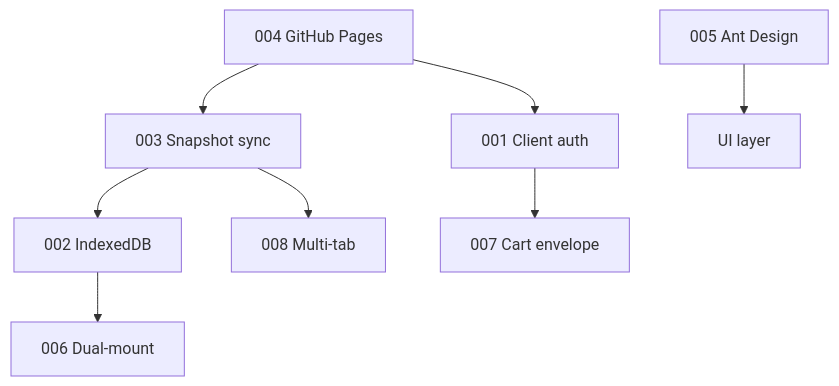
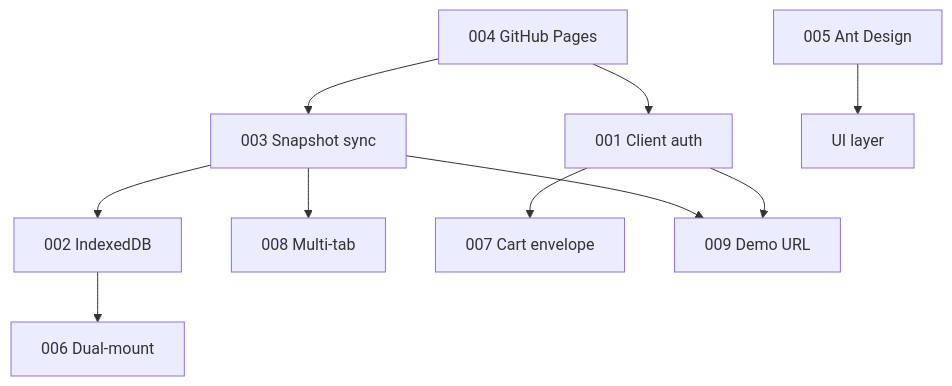
Before and after one commit to iscander-b10/tyres_discs: the diagram in docs/adr/index.md, drawn with Mermaid. The commit also changed other lines of this file and 70 other files, not shown here.

````diff
--- a/docs/adr/index.md
+++ b/docs/adr/index.md
@@ -22,10 +23,12 @@
 ```mermaid
 flowchart TB
   ADR4[004 GitHub Pages] --> ADR1[001 Client auth]
   ADR4 --> ADR3[003 Snapshot sync]
   ADR3 --> ADR2[002 IndexedDB]
   ADR3 --> ADR8[008 Multi-tab]
   ADR2 --> ADR6[006 Dual-mount]
   ADR1 --> ADR7[007 Cart envelope]
+  ADR1 --> ADR9[009 Demo URL]
+  ADR3 --> ADR9
   ADR5[005 Ant Design] --> UI[UI layer]
 ```
````
